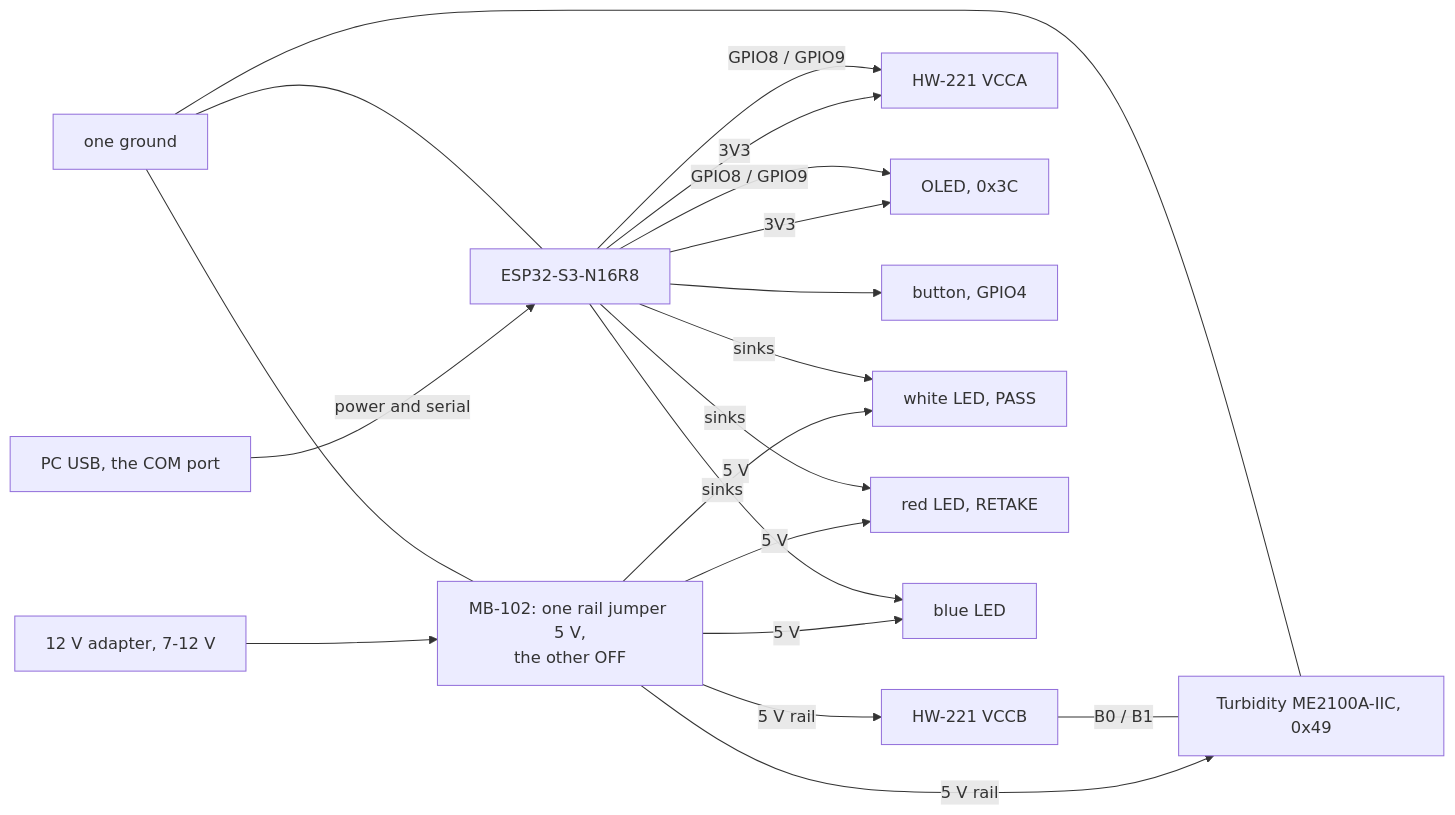
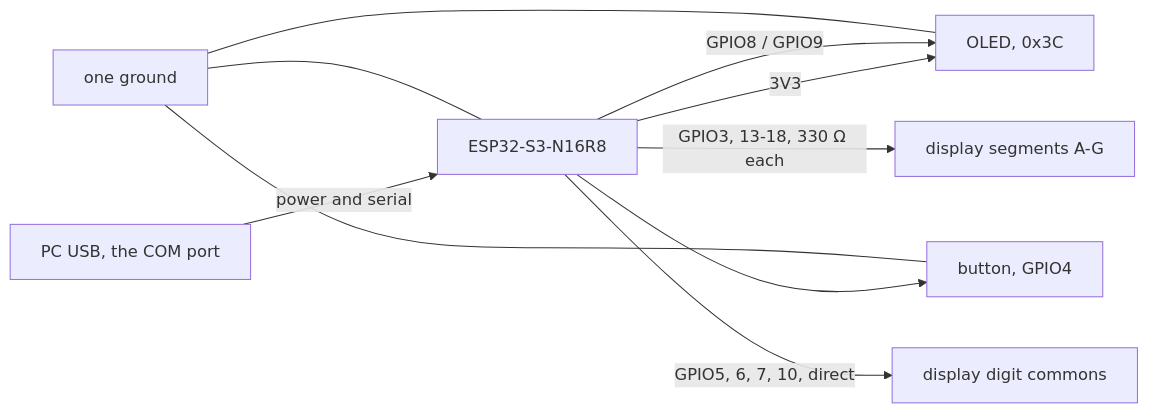
One commit to FrozenYty/aquavision changed the diagram in docs/procurement-en.md. Above: the diagram before and after it, drawn with Mermaid. The commit also changed other lines of this file and 60 other files, not shown here.

````diff
--- a/docs/procurement-en.md
+++ b/docs/procurement-en.md
@@ -124,22 +121,12 @@
 ```mermaid
 flowchart LR
-  DC["12 V adapter, 7-12 V"] --> MB["MB-102: one rail jumper 5 V,<br/>the other OFF"]
-  MB -->|"5 V rail"| S["Turbidity ME2100A-IIC, 0x49"]
-  MB -->|"5 V rail"| HV["HW-221 VCCB"]
-  HV ---|"B0 / B1"| S
   PC["PC USB, the COM port"] -->|"power and serial"| ESP["ESP32-S3-N16R8"]
-  ESP -->|"3V3"| LV["HW-221 VCCA"]
   ESP -->|"3V3"| OLED["OLED, 0x3C"]
-  ESP -->|"GPIO8 / GPIO9"| LV
   ESP -->|"GPIO8 / GPIO9"| OLED
   ESP --> B["button, GPIO4"]
-  MB -->|"5 V"| L1["white LED, PASS"]
-  ESP -->|"sinks"| L1
-  MB -->|"5 V"| L2["red LED, RETAKE"]
-  ESP -->|"sinks"| L2
-  MB -->|"5 V"| L3["blue LED"]
-  ESP -->|"sinks"| L3
-  GND["one ground"] --- MB
-  GND --- ESP
-  GND --- S
+  ESP -->|"GPIO3, 13-18, 330 Ω each"| SEG["display segments A-G"]
+  ESP -->|"GPIO5, 6, 7, 10, direct"| COM["display digit commons"]
+  GND["one ground"] --- ESP
+  GND --- OLED
+  GND --- B
 ```
````
